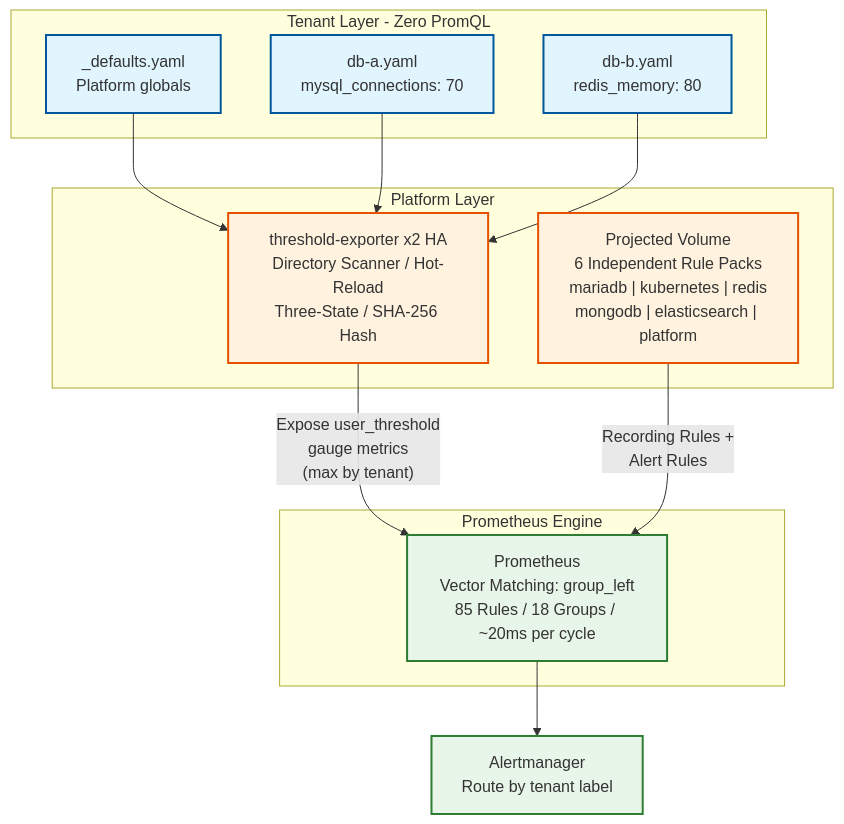
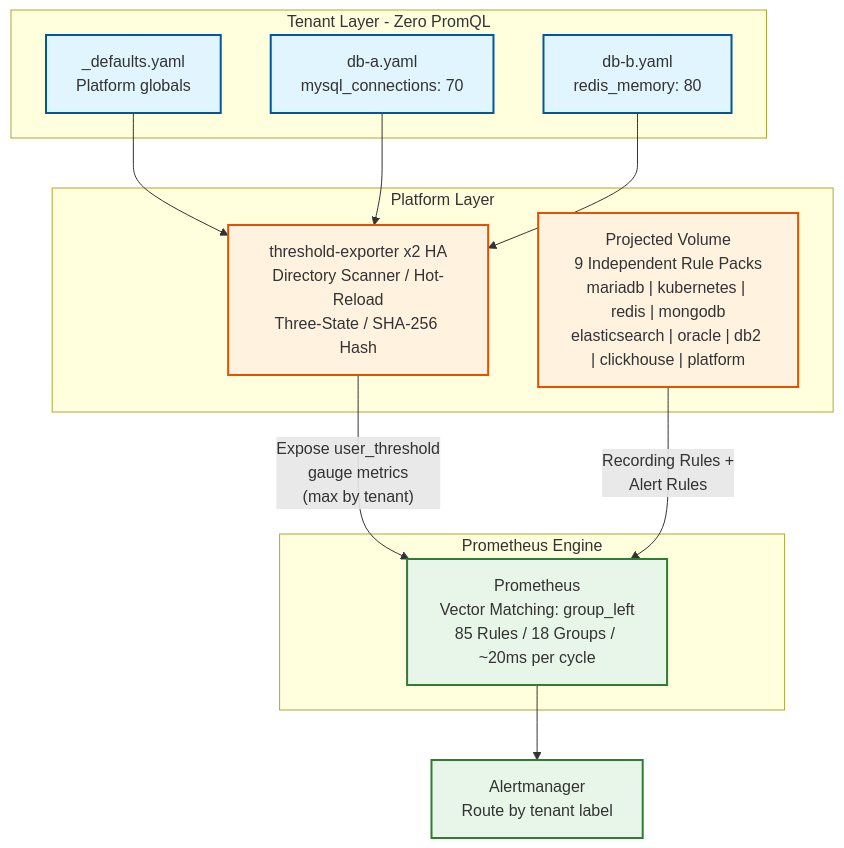
One commit to vencil/Dynamic-Alerting-Integrations changed the second of 2 diagrams in README.en.md. Above: the diagram before and after it, drawn with Mermaid. The commit also changed other lines of this file and 35 other files, not shown here.

````diff
--- a/README.en.md
+++ b/README.en.md
@@ -135,31 +156,31 @@
 ```mermaid
 graph TD
     subgraph TL["Tenant Layer - Zero PromQL"]
         D["_defaults.yaml<br/>Platform globals"]
         T1["db-a.yaml<br/>mysql_connections: 70"]
         T2["db-b.yaml<br/>redis_memory: 80"]
     end
 
     subgraph PL["Platform Layer"]
         TE["threshold-exporter x2 HA<br/>Directory Scanner / Hot-Reload<br/>Three-State / SHA-256 Hash"]
-        RP["Projected Volume<br/>6 Independent Rule Packs<br/>mariadb | kubernetes | redis<br/>mongodb | elasticsearch | platform"]
+        RP["Projected Volume<br/>9 Independent Rule Packs<br/>mariadb | kubernetes | redis | mongodb<br/>elasticsearch | oracle | db2 | clickhouse | platform"]
     end
 
     subgraph PE["Prometheus Engine"]
         PROM["Prometheus<br/>Vector Matching: group_left<br/>85 Rules / 18 Groups / ~20ms per cycle"]
     end
 
     D --> TE
     T1 --> TE
     T2 --> TE
     TE -->|"Expose user_threshold<br/>gauge metrics<br/>(max by tenant)"| PROM
     RP -->|"Recording Rules +<br/>Alert Rules"| PROM
     PROM --> AM["Alertmanager<br/>Route by tenant label"]
 
     classDef tenant fill:#e1f5fe,stroke:#01579b,stroke-width:2px
     classDef platform fill:#fff3e0,stroke:#e65100,stroke-width:2px
     classDef engine fill:#e8f5e9,stroke:#2e7d32,stroke-width:2px
     class D,T1,T2 tenant
     class TE,RP platform
     class PROM,AM engine
 ```
````
